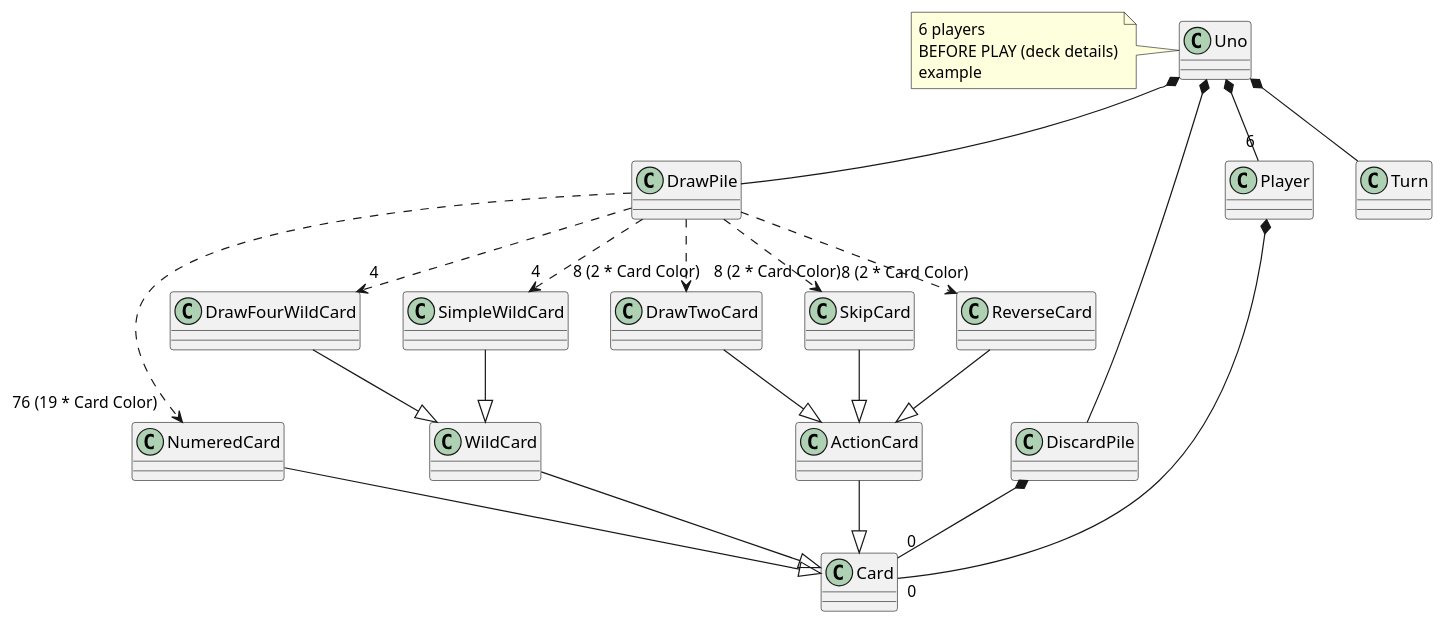
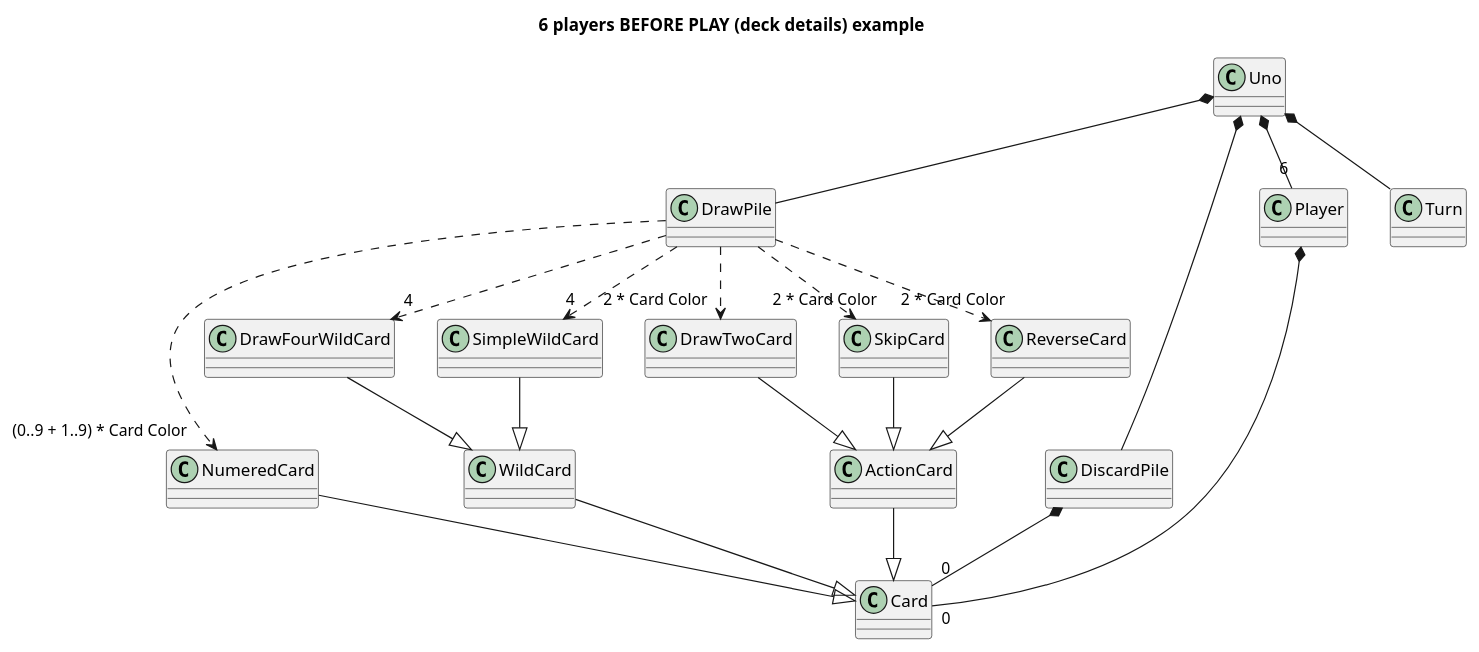
One commit to x-USantaTecla-game-uno/requirements changed the diagram in UNO-DomainModel-Simple-BeforePlay-DeckDetails.puml. Above: the diagram before and after it, drawn with PlantUML. The commit also changed 14 other files, not shown here.

```diff
--- a/UNO-DomainModel-Simple-BeforePlay-DeckDetails.puml
+++ b/UNO-DomainModel-Simple-BeforePlay-DeckDetails.puml
@@ -1,32 +1,32 @@
 @startuml
+
+Title 6 players BEFORE PLAY (deck details) example
 
 Uno *-- DrawPile
 Uno *-- DiscardPile
 Uno *-- "6" Player
 Uno *-- Turn
-
-note left of Uno : 6 players\nBEFORE PLAY (deck details)\nexample
 
 Player *-- "0" Card
 
 DiscardPile *-- "0" Card
 
 NumeredCard --|> Card
 ActionCard --|> Card
 
 WildCard --|> Card
 DrawFourWildCard --|> WildCard
 SimpleWildCard --|> WildCard
 
 DrawTwoCard --|> ActionCard
 SkipCard --|> ActionCard
 ReverseCard --|> ActionCard
 
-DrawPile ..> "76 (19 * Card Color)" NumeredCard
-DrawPile ..> "8 (2 * Card Color)" DrawTwoCard
-DrawPile ..> "8 (2 * Card Color)" ReverseCard
-DrawPile ..> "8 (2 * Card Color)" SkipCard
+DrawPile ..> "(0..9 + 1..9) * Card Color" NumeredCard
+DrawPile ..> "2 * Card Color" DrawTwoCard
+DrawPile ..> "2 * Card Color" ReverseCard
+DrawPile ..> "2 * Card Color" SkipCard
 DrawPile ..> "4" SimpleWildCard
 DrawPile ..> "4" DrawFourWildCard
  
 @enduml
```
